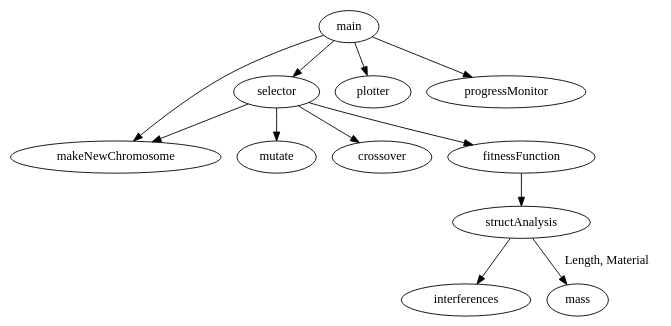
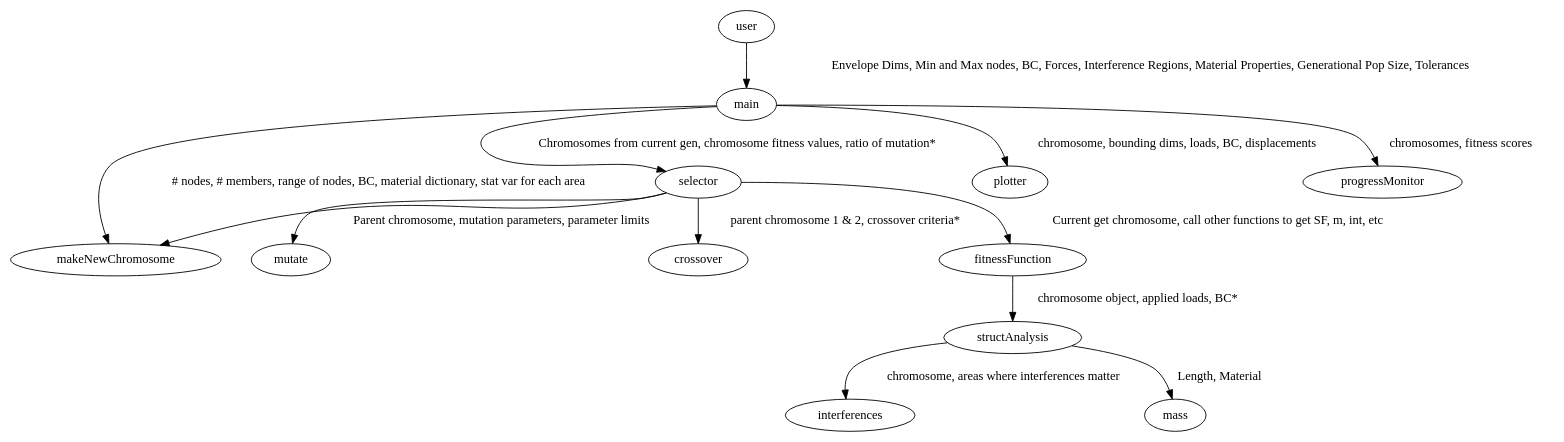
The diagram in flowchart.gv (f0uriest/GASTOp), drawn with Graphviz before and after one commit.

Commit message:
added function inputs to flowchart

```diff
--- a/flowchart.gv
+++ b/flowchart.gv
@@ -1,15 +1,16 @@
  digraph graphname {
-     main -> makeNewChromosome;
-     main -> selector;
-     selector -> mutate;
-     selector -> crossover;
+     user -> main [label = "Envelope Dims, Min and Max nodes, BC, Forces, Interference Regions, Material Properties, Generational Pop Size, Tolerances"];
+     main -> makeNewChromosome [label = "# nodes, # members, range of nodes, BC, material dictionary, stat var for each area"];
+     main -> selector [label = "Chromosomes from current gen, chromosome fitness values, ratio of mutation*"];
+     selector -> mutate [label = "Parent chromosome, mutation parameters, parameter limits"];
+     selector -> crossover [label = "parent chromosome 1 & 2, crossover criteria*"];
      selector -> makeNewChromosome;
-     selector -> fitnessFunction;
-     fitnessFunction -> structAnalysis;
-     structAnalysis -> interferences;
+     selector -> fitnessFunction [label = "Current get chromosome, call other functions to get SF, m, int, etc"];
+     fitnessFunction -> structAnalysis [label = "chromosome object, applied loads, BC*"];
+     structAnalysis -> interferences [label = "chromosome, areas where interferences matter"];
      structAnalysis -> mass [label="Length, Material"];
-     main -> plotter;
-     main -> progressMonitor;
+     main -> plotter [label = "chromosome, bounding dims, loads, BC, displacements"];
+     main -> progressMonitor [label = "chromosomes, fitness scores"];
 
 
  }
```
